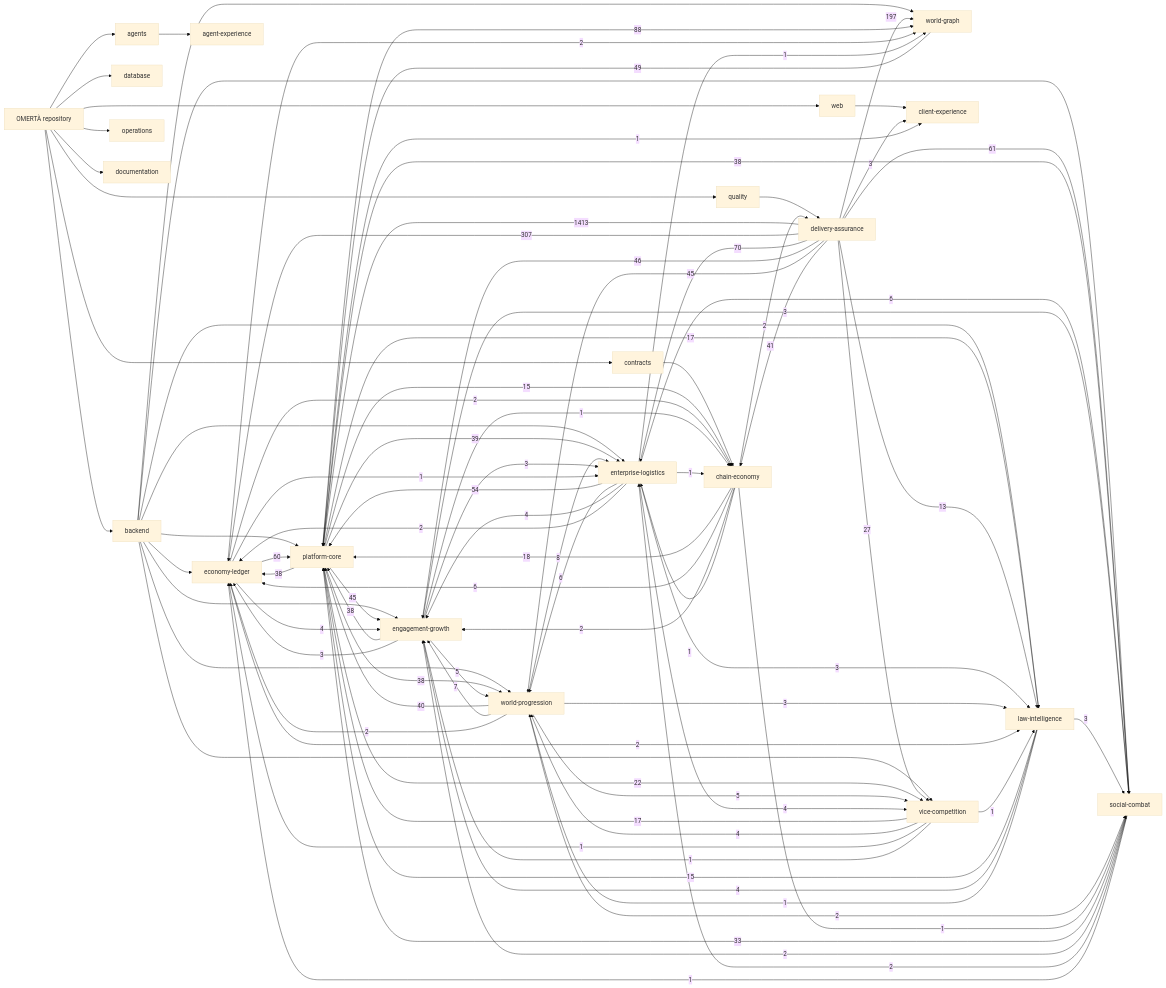
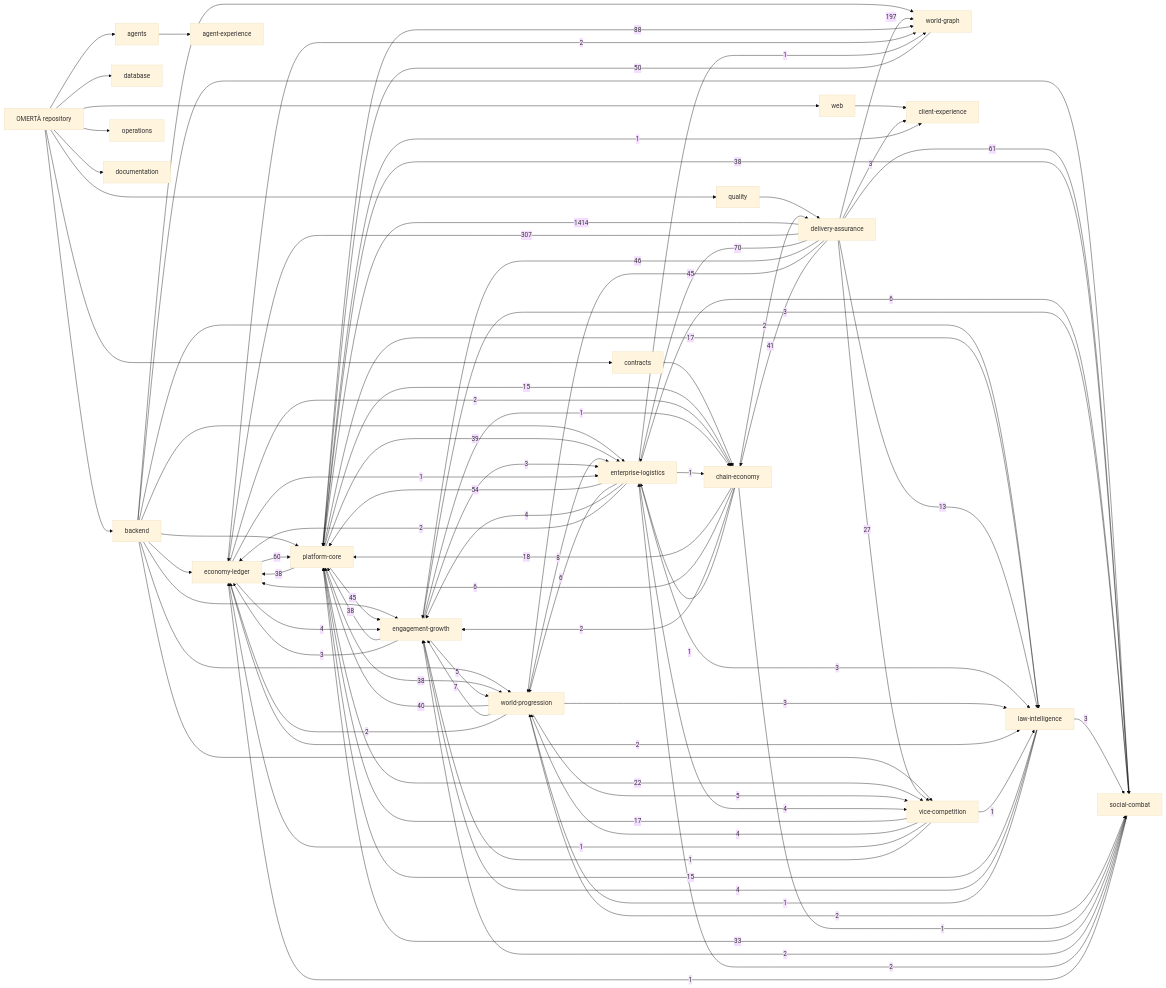
One commit to OmertaDev/Omerta changed the diagram in knowledge/generated/graph.mmd. Above: the diagram before and after it, drawn with Mermaid (base theme). The commit also changed 7 other files, not shown here.

```diff
--- a/knowledge/generated/graph.mmd
+++ b/knowledge/generated/graph.mmd
@@ -1,113 +1,113 @@
 flowchart LR
   repo["OMERTÀ repository"]
   sub_backend["backend"]
   repo --> sub_backend
   sub_database["database"]
   repo --> sub_database
   sub_web["web"]
   repo --> sub_web
   sub_contracts["contracts"]
   repo --> sub_contracts
   sub_agents["agents"]
   repo --> sub_agents
   sub_quality["quality"]
   repo --> sub_quality
   sub_operations["operations"]
   repo --> sub_operations
   sub_documentation["documentation"]
   repo --> sub_documentation
   dom_platform-core["platform-core"]
   dom_economy-ledger["economy-ledger"]
   dom_social-combat["social-combat"]
   dom_world-progression["world-progression"]
   dom_world-graph["world-graph"]
   dom_enterprise-logistics["enterprise-logistics"]
   dom_vice-competition["vice-competition"]
   dom_law-intelligence["law-intelligence"]
   dom_chain-economy["chain-economy"]
   dom_engagement-growth["engagement-growth"]
   dom_client-experience["client-experience"]
   dom_agent-experience["agent-experience"]
   dom_delivery-assurance["delivery-assurance"]
   sub_agents --> dom_agent-experience
   sub_backend --> dom_economy-ledger
   sub_backend --> dom_engagement-growth
   sub_backend --> dom_enterprise-logistics
   sub_backend --> dom_law-intelligence
   sub_backend --> dom_platform-core
   sub_backend --> dom_social-combat
   sub_backend --> dom_vice-competition
   sub_backend --> dom_world-graph
   sub_backend --> dom_world-progression
   sub_contracts --> dom_chain-economy
   sub_quality --> dom_delivery-assurance
   sub_web --> dom_client-experience
-  dom_delivery-assurance -->|1413| dom_platform-core
+  dom_delivery-assurance -->|1414| dom_platform-core
   dom_delivery-assurance -->|307| dom_economy-ledger
   dom_delivery-assurance -->|197| dom_world-graph
   dom_platform-core -->|88| dom_world-graph
   dom_delivery-assurance -->|70| dom_enterprise-logistics
   dom_delivery-assurance -->|61| dom_social-combat
   dom_economy-ledger -->|60| dom_platform-core
   dom_enterprise-logistics -->|54| dom_platform-core
-  dom_world-graph -->|49| dom_platform-core
+  dom_world-graph -->|50| dom_platform-core
   dom_delivery-assurance -->|46| dom_engagement-growth
   dom_delivery-assurance -->|45| dom_world-progression
   dom_platform-core -->|45| dom_engagement-growth
   dom_delivery-assurance -->|41| dom_chain-economy
   dom_world-progression -->|40| dom_platform-core
   dom_platform-core -->|39| dom_enterprise-logistics
   dom_engagement-growth -->|38| dom_platform-core
   dom_platform-core -->|38| dom_economy-ledger
   dom_platform-core -->|38| dom_social-combat
   dom_platform-core -->|38| dom_world-progression
   dom_social-combat -->|33| dom_platform-core
   dom_delivery-assurance -->|27| dom_vice-competition
   dom_platform-core -->|22| dom_vice-competition
   dom_chain-economy -->|18| dom_platform-core
   dom_platform-core -->|17| dom_law-intelligence
   dom_vice-competition -->|17| dom_platform-core
   dom_law-intelligence -->|15| dom_platform-core
   dom_platform-core -->|15| dom_chain-economy
   dom_delivery-assurance -->|13| dom_law-intelligence
   dom_world-progression -->|8| dom_enterprise-logistics
   dom_world-progression -->|7| dom_engagement-growth
   dom_chain-economy -->|6| dom_economy-ledger
   dom_enterprise-logistics -->|6| dom_social-combat
   dom_enterprise-logistics -->|6| dom_world-progression
   dom_engagement-growth -->|5| dom_world-progression
   dom_world-progression -->|5| dom_vice-competition
   dom_economy-ledger -->|4| dom_engagement-growth
   dom_enterprise-logistics -->|4| dom_engagement-growth
   dom_enterprise-logistics -->|4| dom_vice-competition
   dom_law-intelligence -->|4| dom_engagement-growth
   dom_vice-competition -->|4| dom_world-progression
   dom_delivery-assurance -->|3| dom_client-experience
   dom_engagement-growth -->|3| dom_economy-ledger
   dom_engagement-growth -->|3| dom_enterprise-logistics
   dom_engagement-growth -->|3| dom_social-combat
   dom_enterprise-logistics -->|3| dom_law-intelligence
   dom_law-intelligence -->|3| dom_social-combat
   dom_world-progression -->|3| dom_law-intelligence
   dom_chain-economy -->|2| dom_delivery-assurance
   dom_chain-economy -->|2| dom_engagement-growth
   dom_economy-ledger -->|2| dom_chain-economy
   dom_economy-ledger -->|2| dom_law-intelligence
   dom_economy-ledger -->|2| dom_world-graph
   dom_enterprise-logistics -->|2| dom_economy-ledger
   dom_social-combat -->|2| dom_engagement-growth
   dom_social-combat -->|2| dom_enterprise-logistics
   dom_world-progression -->|2| dom_economy-ledger
   dom_world-progression -->|2| dom_social-combat
   dom_chain-economy -->|1| dom_enterprise-logistics
   dom_chain-economy -->|1| dom_social-combat
   dom_economy-ledger -->|1| dom_enterprise-logistics
   dom_engagement-growth -->|1| dom_chain-economy
   dom_enterprise-logistics -->|1| dom_chain-economy
   dom_enterprise-logistics -->|1| dom_world-graph
   dom_law-intelligence -->|1| dom_world-progression
   dom_platform-core -->|1| dom_client-experience
   dom_social-combat -->|1| dom_economy-ledger
   dom_vice-competition -->|1| dom_economy-ledger
   dom_vice-competition -->|1| dom_engagement-growth
   dom_vice-competition -->|1| dom_law-intelligence
```
